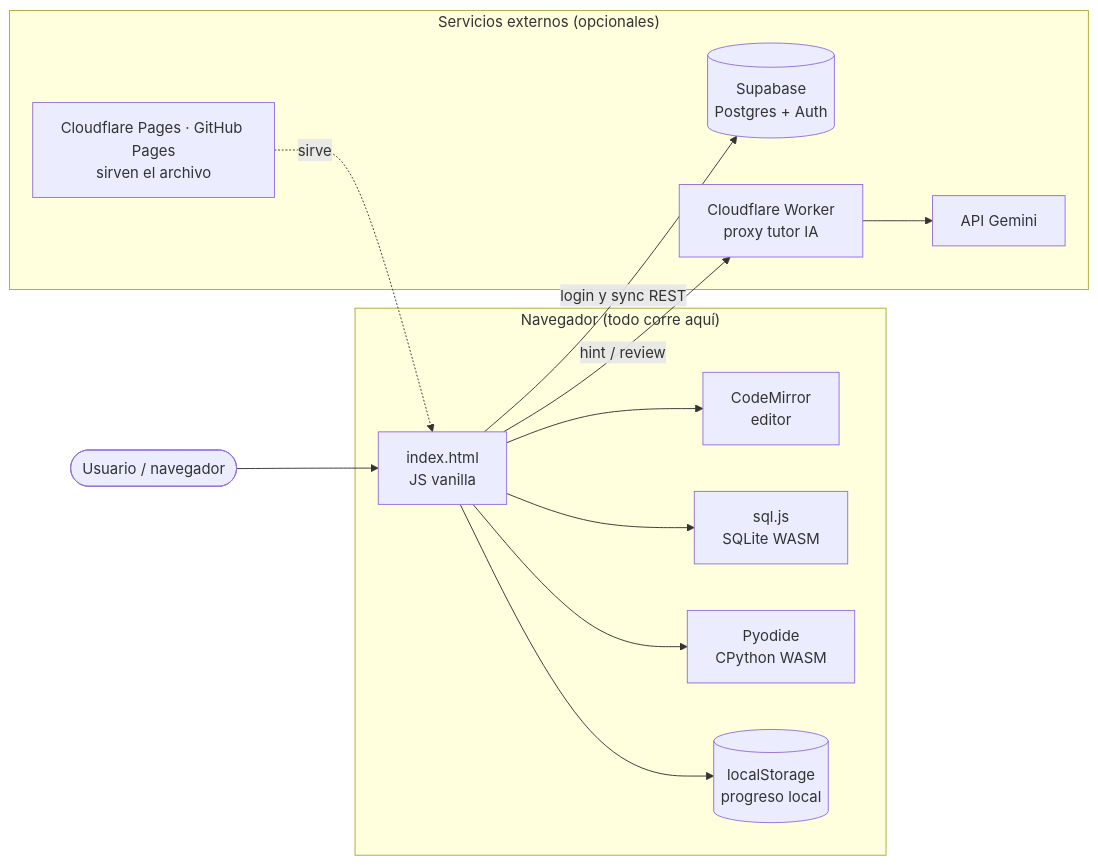
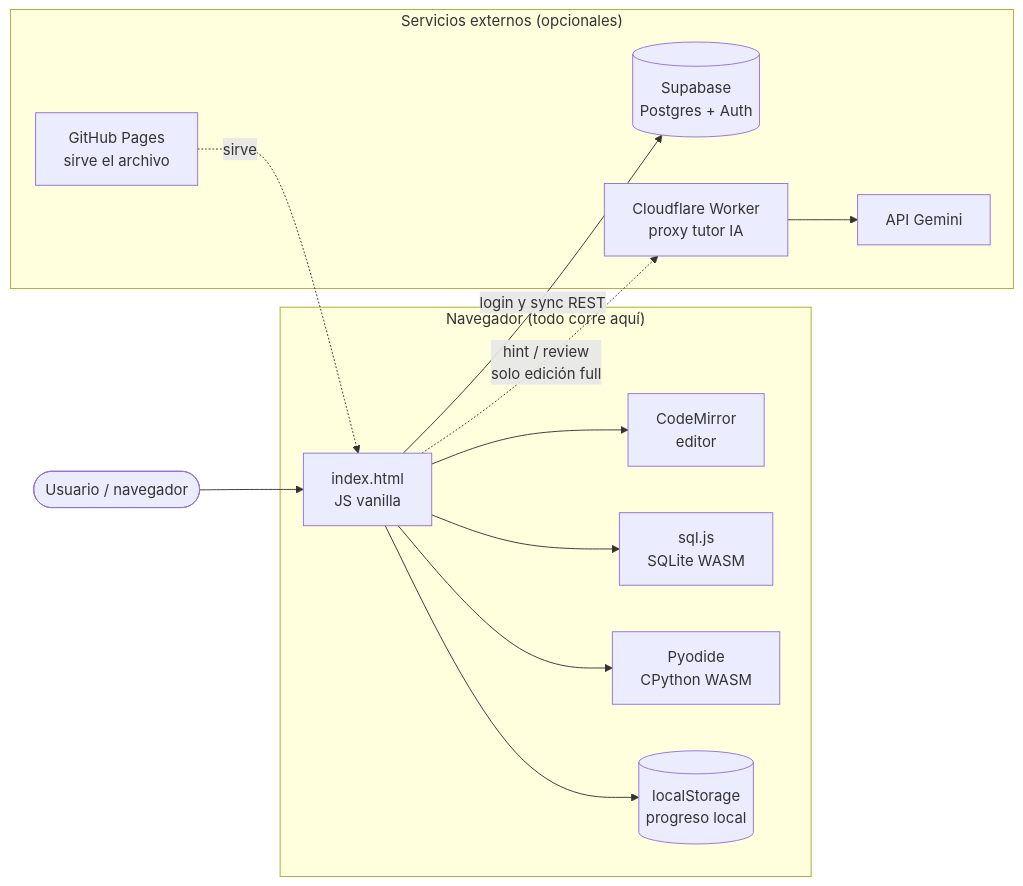
Before and after one commit to crabb-beltran/de-dojo: the third of 12 diagrams in docs/ARCHITECTURE.md, drawn with Mermaid. The commit also changed other lines of this file and 5 other files, not shown here.

First line of the commit message:
docs: component interaction, practice/exam sequences, telemetry pipeline and editions diagrams; refresh counts and deploy notes; validation results

````diff
--- a/docs/ARCHITECTURE.md
+++ b/docs/ARCHITECTURE.md
@@ -147,28 +151,28 @@
 ```mermaid
 flowchart LR
   user([Usuario / navegador])
 
   subgraph client["Navegador (todo corre aquí)"]
     app["index.html<br/>JS vanilla"]
     cm["CodeMirror<br/>editor"]
     sqljs["sql.js<br/>SQLite WASM"]
     pyo["Pyodide<br/>CPython WASM"]
     ls[("localStorage<br/>progreso local")]
   end
 
   subgraph ext["Servicios externos (opcionales)"]
-    pages["Cloudflare Pages · GitHub Pages<br/>sirven el archivo"]
+    pages["GitHub Pages<br/>sirve el archivo"]
     sb[("Supabase<br/>Postgres + Auth")]
     cf["Cloudflare Worker<br/>proxy tutor IA"]
     anth["API Gemini"]
   end
 
   user --> app
   pages -.sirve.-> app
   app --> cm
   app --> sqljs
   app --> pyo
   app --> ls
   app -->|login y sync REST| sb
-  app -->|hint / review| cf --> anth
+  app -.->|hint / review<br/>solo edición full| cf --> anth
 ```
````
